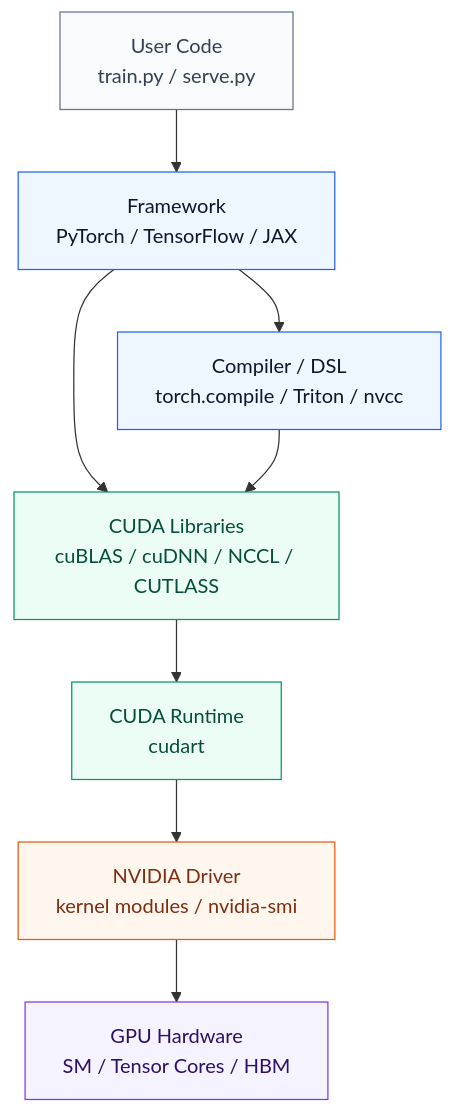
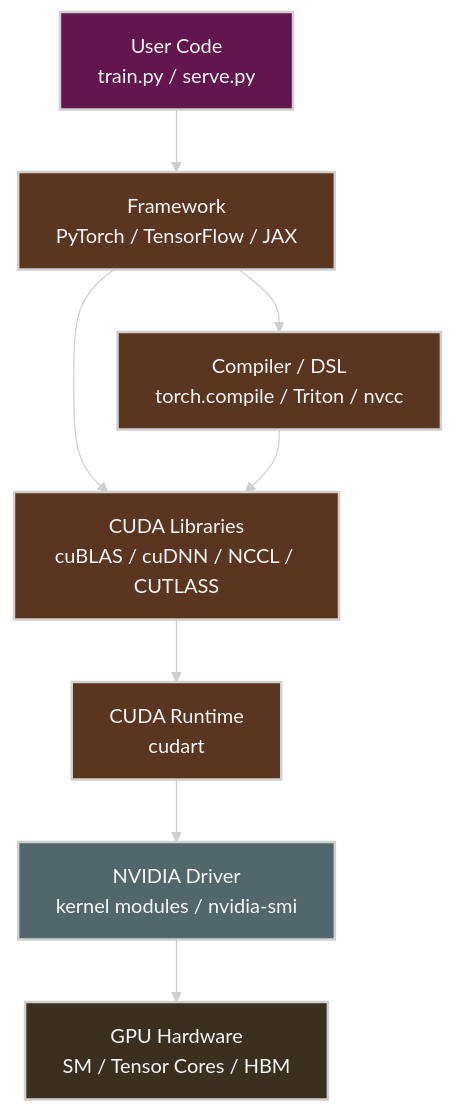
One commit to ziwon/ai-data-center-network changed the second of 11 diagrams in ai-system-performance-engineering/chap03/README.md. Above: the diagram before and after it, drawn with Mermaid. The commit also changed other lines of this file and 35 other files, not shown here.

Commit message:
docs(mermaid): apply dark diagram style

````diff
--- a/ai-system-performance-engineering/chap03/README.md
+++ b/ai-system-performance-engineering/chap03/README.md
@@ -131,24 +132,25 @@
 ```mermaid
+%%{init: {"theme": "base", "themeVariables": {"background": "#171717", "primaryColor": "#232323", "primaryTextColor": "#f5f5f5", "primaryBorderColor": "#d0d0d0", "lineColor": "#cfcfcf", "fontFamily": "Inter, Arial, sans-serif"}}}%%
 flowchart TB
-    classDef app fill:#f8fafc,stroke:#64748b,color:#334155
-    classDef fw fill:#eef6ff,stroke:#2563eb,color:#0f172a
-    classDef lib fill:#ecfdf5,stroke:#059669,color:#064e3b
-    classDef drv fill:#fff7ed,stroke:#ea580c,color:#7c2d12
-    classDef hw fill:#f5f3ff,stroke:#7c3aed,color:#2e1065
+    classDef app fill:#62164d,stroke:#d0d0d0,color:#f5f5f5,stroke-width:2px;
+    classDef fw fill:#5a3520,stroke:#d0d0d0,color:#f5f5f5,stroke-width:2px;
+    classDef lib fill:#5a3520,stroke:#d0d0d0,color:#f5f5f5,stroke-width:2px;
+    classDef drv fill:#52676b,stroke:#d0d0d0,color:#f5f5f5,stroke-width:2px;
+    classDef hw fill:#3b2f20,stroke:#d0d0d0,color:#f5f5f5,stroke-width:2px;
 
     A[User Code<br/>train.py / serve.py]:::app
     B[Framework<br/>PyTorch / TensorFlow / JAX]:::fw
     C[Compiler / DSL<br/>torch.compile / Triton / nvcc]:::fw
     D[CUDA Libraries<br/>cuBLAS / cuDNN / NCCL / CUTLASS]:::lib
     E[CUDA Runtime<br/>cudart]:::lib
     F[NVIDIA Driver<br/>kernel modules / nvidia-smi]:::drv
     G[GPU Hardware<br/>SM / Tensor Cores / HBM]:::hw
 
     A --> B
     B --> C
     B --> D
     C --> D
     D --> E
     E --> F
     F --> G
 ```
````
